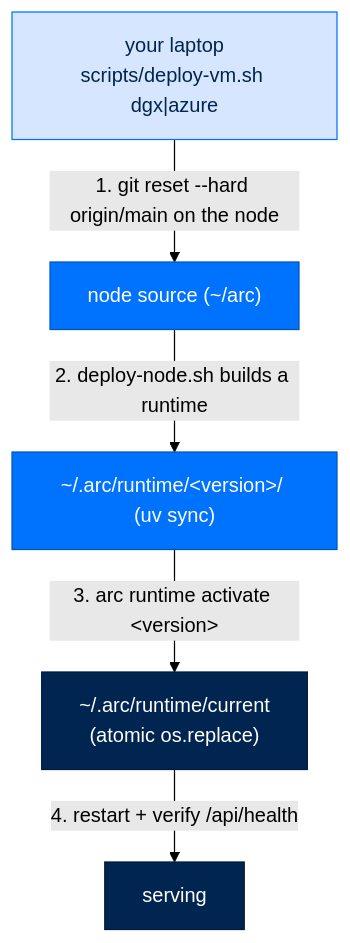
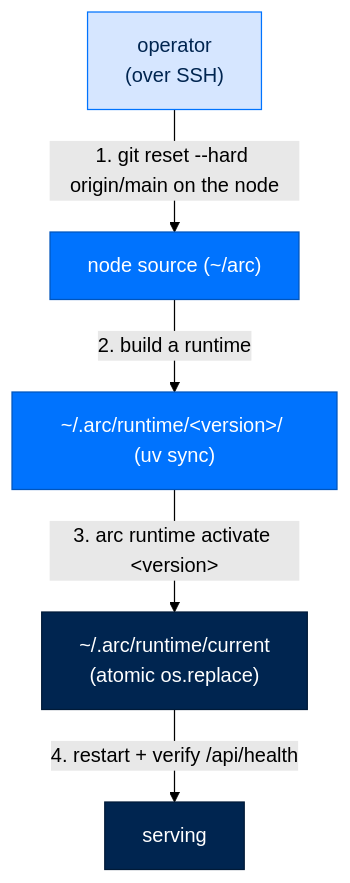
The diagram in docs/get-started/deploy.md (joshuamschultz/Arc), drawn with Mermaid (forest theme) before and after one commit. The commit also changed other lines of this file and 13 other files, not shown here.

````diff
--- a/docs/get-started/deploy.md
+++ b/docs/get-started/deploy.md
@@ -84,11 +93,11 @@
 ```mermaid
 flowchart TB
     classDef laptop fill:#D6E6FF,stroke:#0073FE,color:#002550
     classDef node fill:#0073FE,stroke:#0055BC,color:#FFFFFF
     classDef flip fill:#002550,stroke:#001A38,color:#FFFFFF
 
-    L["your laptop<br/>scripts/deploy-vm.sh dgx|azure"]:::laptop -->|"1. git reset --hard origin/main on the node"| N["node source (~/arc)"]:::node
-    N -->|"2. deploy-node.sh builds a runtime"| R["~/.arc/runtime/&lt;version&gt;/ (uv sync)"]:::node
+    L["operator<br/>(over SSH)"]:::laptop -->|"1. git reset --hard origin/main on the node"| N["node source (~/arc)"]:::node
+    N -->|"2. build a runtime"| R["~/.arc/runtime/&lt;version&gt;/ (uv sync)"]:::node
     R -->|"3. arc runtime activate &lt;version&gt;"| CUR["~/.arc/runtime/current<br/>(atomic os.replace)"]:::flip
     CUR -->|"4. restart + verify /api/health"| OK["serving"]:::flip
 ```
````
